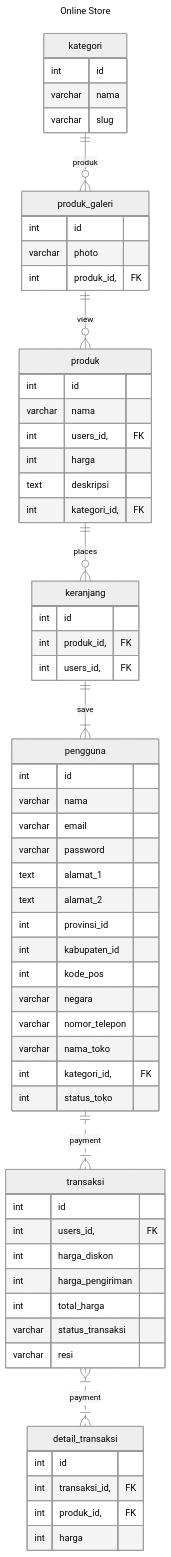
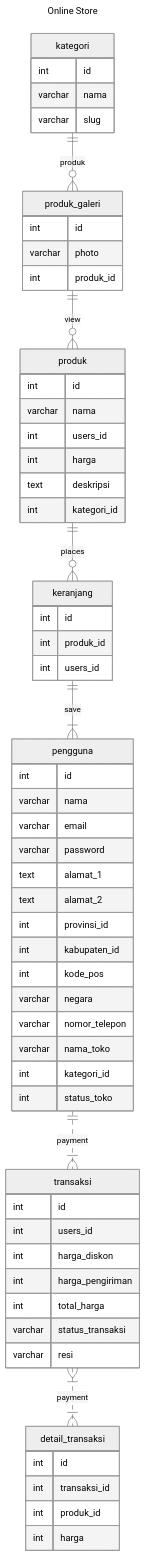
The first of 2 diagrams in job-interview-answers.md (sugazq/jobInterview), drawn with Mermaid (neutral theme) before and after one commit.

````diff
--- a/job-interview-answers.md
+++ b/job-interview-answers.md
@@ -58,56 +58,56 @@
 ```mermaid
 ---
 title: Online Store
 ---
 erDiagram
     kategori ||--o{ produk_galeri : produk kategori {
         int id
         varchar nama
         varchar slug
 } produk_galeri ||--o{ produk : view produk_galeri {
         int id
         varchar photo
-        int produk_id, FK
+        int produk_id
 } produk ||--o{ keranjang : places produk {
         int id
         varchar nama
-        int users_id, FK
+        int users_id
         int harga
         text deskripsi
-        int kategori_id, FK
+        int kategori_id
 } keranjang ||--|{ pengguna : save keranjang {
         int id
-        int produk_id, FK
-        int users_id, FK
+        int produk_id
+        int users_id
 } pengguna ||..|{ transaksi : payment pengguna {
         int id
         varchar nama
         varchar email
         varchar password
         text alamat_1
         text alamat_2
         int provinsi_id
         int kabupaten_id
         int kode_pos
         varchar negara
         varchar nomor_telepon
         varchar nama_toko
-        int kategori_id, FK
+        int kategori_id
         int status_toko
 } transaksi }|..|{ detail_transaksi : payment transaksi {
         int id
-        int users_id, FK
+        int users_id
         int harga_diskon
         int harga_pengiriman
         int total_harga
         varchar status_transaksi
         varchar resi
 } detail_transaksi {
         int id
-        int transaksi_id, FK
-        int produk_id, FK
+        int transaksi_id
+        int produk_id
         int harga
 }
 
     
 ```
````
